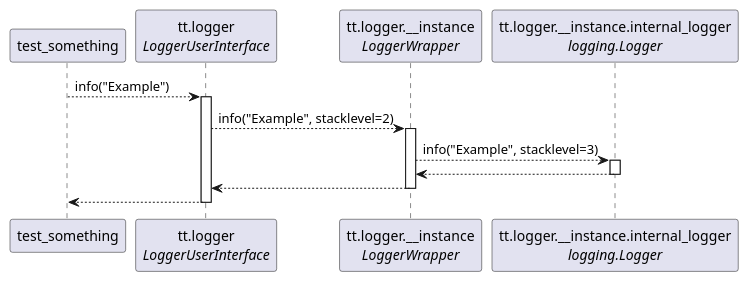
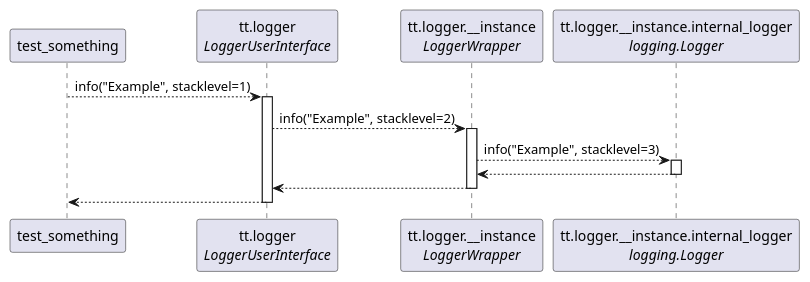
The second of 2 diagrams in package/test_tools/__private/logger/readme.md (openhive-network/test-tools), drawn with PlantUML before and after one commit. The commit also changed other lines of this file and 1 other file, not shown here.

First line of the commit message:
Add `stacklevel` parameter to logger handle

````diff
--- a/package/test_tools/__private/logger/readme.md
+++ b/package/test_tools/__private/logger/readme.md
@@ -34,21 +34,21 @@
 ```plantuml
 @startuml
     participant test_something as test
     participant "tt.logger\n<i>LoggerUserInterface</i>" as handler
     participant "tt.logger.__instance\n<i>LoggerWrapper</i>" as wrapper
     participant "tt.logger.__instance.internal_logger\n<i>logging.Logger</i>" as logging
 
-    test --> handler: info("Example")
+    test --> handler: info("Example", stacklevel=1)
     activate handler
         handler --> wrapper: info("Example", stacklevel=2)
         activate wrapper
             wrapper --> logging: info("Example", stacklevel=3)
             activate logging
                 wrapper <-- logging
             deactivate logging
             handler <-- wrapper
         deactivate wrapper
     test <-- handler
     deactivate handler
 @enduml
 ```
````
